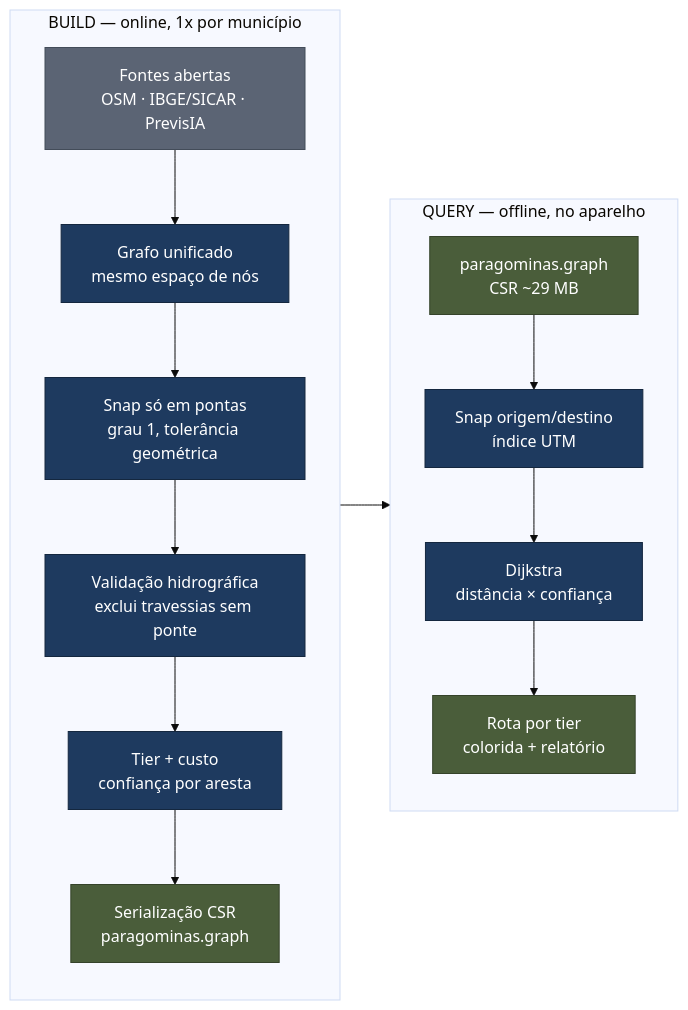
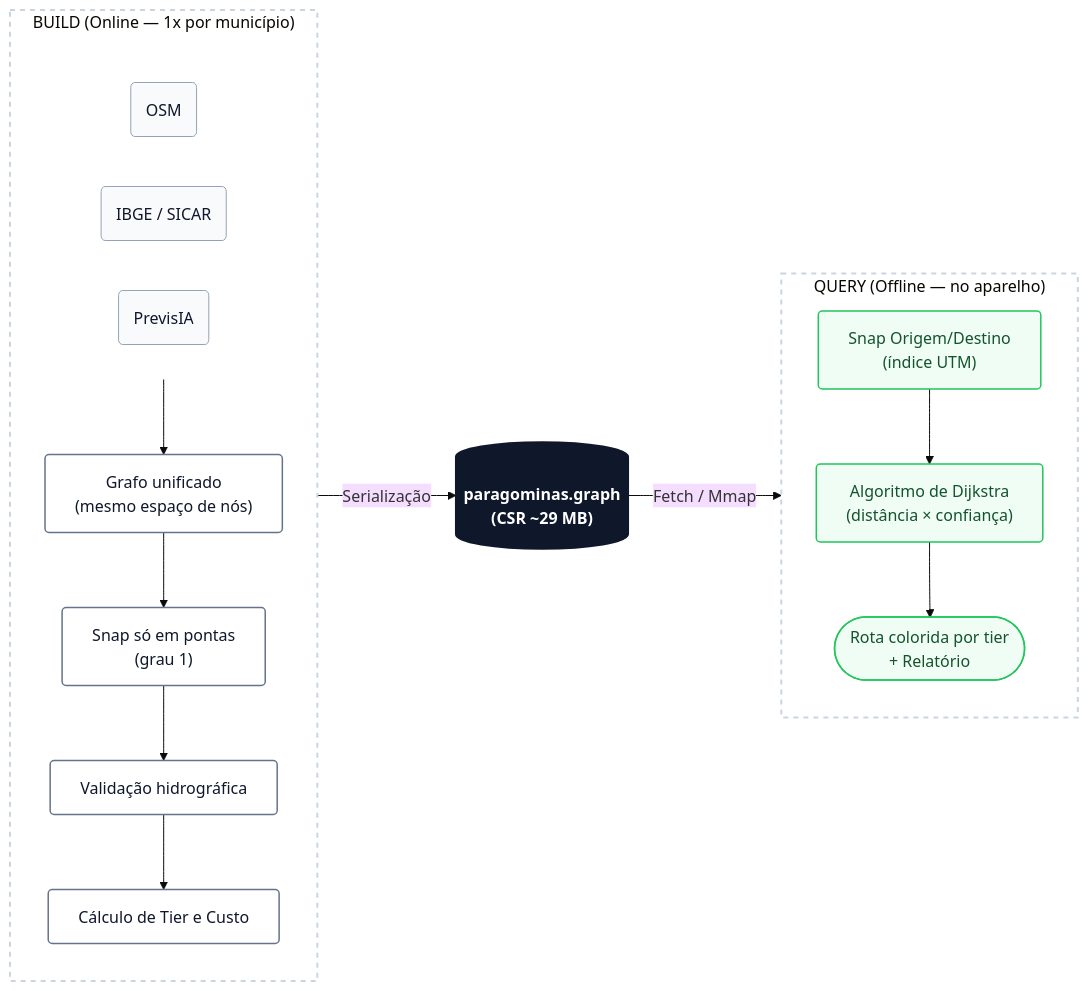
One commit to samuel-c-santos/amazoniahack changed the diagram in README.md. Above: the diagram before and after it, drawn with Mermaid (base theme).

Commit message:
Melhora na representação do fluxo de construção e consulta no diagrama Mermaid, com foco em legibilidade e clareza dos processos.

````diff
--- a/README.md
+++ b/README.md
@@ -46,28 +46,46 @@
 ```mermaid
 flowchart LR
-    subgraph build["BUILD — online, 1x por município"]
+    %% Paleta de alta legibilidade (UX limpo, foco em contraste para o GitHub)
+    classDef source fill:#f8fafc,stroke:#94a3b8,stroke-width:1px,color:#0f172a,rx:4px
+    classDef process fill:#ffffff,stroke:#64748b,stroke-width:1.5px,color:#0f172a,rx:4px
+    classDef artifact fill:#0f172a,stroke:#0f172a,stroke-width:2px,color:#ffffff,font-weight:bold,rx:6px
+    classDef query fill:#f0fdf4,stroke:#22c55e,stroke-width:1.5px,color:#14532d,rx:4px
+
+    subgraph BUILD ["BUILD (Online — 1x por município)"]
         direction TB
-        A["Fontes abertas<br/>OSM · IBGE/SICAR · PrevisIA"]:::input
-        B["Grafo unificado<br/>mesmo espaço de nós"]:::process
-        C["Snap só em pontas<br/>grau 1, tolerância geométrica"]:::process
-        D["Validação hidrográfica<br/>exclui travessias sem ponte"]:::process
-        E["Tier + custo<br/>confiança por aresta"]:::process
-        F["Serialização CSR<br/>paragominas.graph"]:::output
-        A --> B --> C --> D --> E --> F
+        
+        subgraph FONTES [" "]
+            direction LR
+            D1("OSM"):::source
+            D2("IBGE / SICAR"):::source
+            D3("PrevisIA"):::source
+        end
+
+        P1["Grafo unificado<br/>(mesmo espaço de nós)"]:::process
+        P2["Snap só em pontas<br/>(grau 1)"]:::process
+        P3["Validação hidrográfica"]:::process
+        P4["Cálculo de Tier e Custo"]:::process
+
+        FONTES --> P1
+        P1 --> P2 --> P3 --> P4
     end
 
-    subgraph query["QUERY — offline, no aparelho"]
+    A[("paragominas.graph<br/>(CSR ~29 MB)")]:::artifact
+
+    subgraph QUERY ["QUERY (Offline — no aparelho)"]
         direction TB
-        G["paragominas.graph<br/>CSR ~29 MB"]:::output
-        H["Snap origem/destino<br/>índice UTM"]:::process
-        I["Dijkstra<br/>distância × confiança"]:::process
-        J["Rota por tier<br/>colorida + relatório"]:::output
-        G --> H --> I --> J
+        Q1["Snap Origem/Destino<br/>(índice UTM)"]:::query
+        Q2["Algoritmo de Dijkstra<br/>(distância × confiança)"]:::query
+        Q3(["Rota colorida por tier<br/>+ Relatório"]):::query
+
+        Q1 --> Q2 --> Q3
     end
 
-    F --> G
+    P4 -->|Serialização| A
+    A -->|Fetch / Mmap| Q1
 
-    classDef input fill:#5b6474,stroke:#434c59,color:#ffffff;
-    classDef process fill:#1e3a5f,stroke:#14273f,color:#ffffff;
-    classDef output fill:#4a5d3a,stroke:#35432a,color:#ffffff;
+    %% Estilos das caixas de contenção (borda tracejada elegante, sem fundo pesado)
+    style BUILD fill:none,stroke:#cbd5e1,stroke-width:2px,stroke-dasharray: 5 5
+    style QUERY fill:none,stroke:#cbd5e1,stroke-width:2px,stroke-dasharray: 5 5
+    style FONTES fill:none,stroke:none
 ```
````
